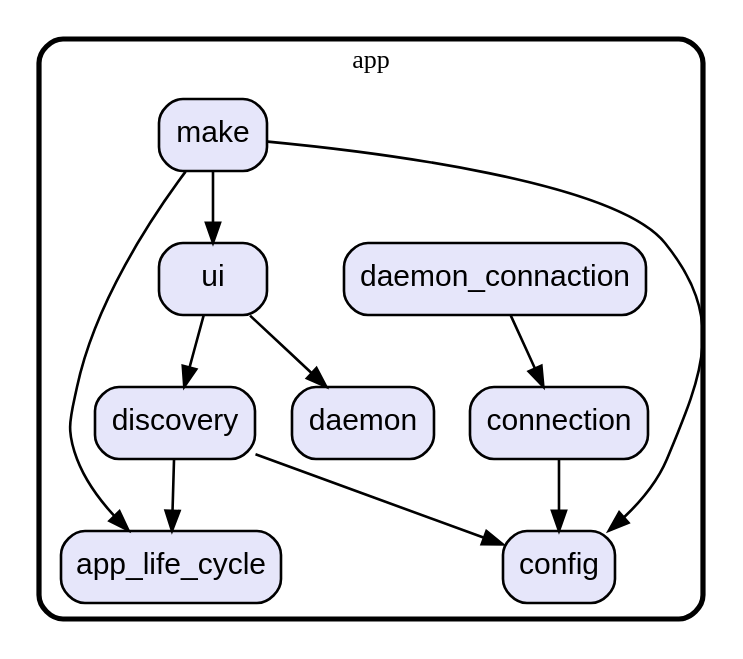
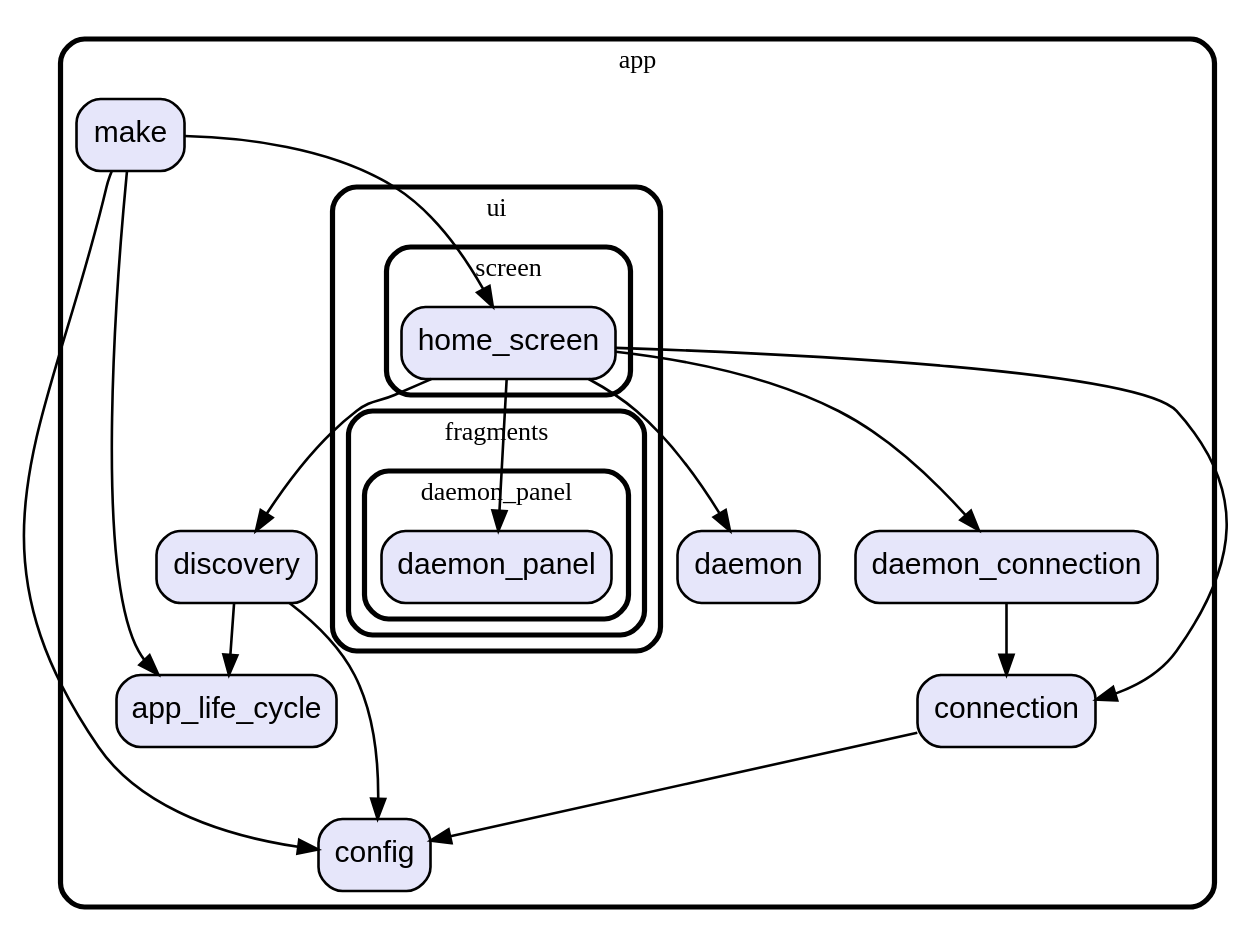
The diagram in graph/lib/app.dot (gev/reacthome-mobile), drawn with Graphviz before and after one commit. The commit also changed 23 other files, not shown here.

Commit message:
update modules dependencies graph

```diff
--- a/graph/lib/app.dot
+++ b/graph/lib/app.dot
@@ -1,33 +1,50 @@
 digraph "" {
   graph [style=rounded fontname="Arial Black" fontsize=13 penwidth=2.6];
   node [shape=rect style="filled,rounded" fontname=Arial fontsize=15 fillcolor=Lavender penwidth=1.3];
   edge [penwidth=1.3];
+  "/ui/fragments/daemon_panel/daemon_panel.dart" [label="daemon_panel"];
+  "/ui/screen/home_screen.dart" [label="home_screen"];
   "/daemon.dart" [label="daemon"];
-  "/ui.dart" [label="ui"];
-  "/daemon_connaction.dart" [label="daemon_connaction"];
   "/config.dart" [label="config"];
   "/connection.dart" [label="connection"];
   "/app_life_cycle.dart" [label="app_life_cycle"];
   "/discovery.dart" [label="discovery"];
   "/make.dart" [label="make"];
+  "/daemon_connection.dart" [label="daemon_connection"];
   subgraph "cluster~" {
     label="app";
     "/daemon.dart";
-    "/ui.dart";
-    "/daemon_connaction.dart";
     "/config.dart";
     "/connection.dart";
     "/app_life_cycle.dart";
     "/discovery.dart";
     "/make.dart";
+    "/daemon_connection.dart";
+    subgraph "cluster~/ui" {
+      label="ui";
+      subgraph "cluster~/ui/fragments" {
+        label="fragments";
+        subgraph "cluster~/ui/fragments/daemon_panel" {
+          label="daemon_panel";
+          "/ui/fragments/daemon_panel/daemon_panel.dart";
+        }
+      }
+      subgraph "cluster~/ui/screen" {
+        label="screen";
+        "/ui/screen/home_screen.dart";
+      }
+    }
   }
-  "/ui.dart" -> "/daemon.dart";
-  "/ui.dart" -> "/discovery.dart";
-  "/daemon_connaction.dart" -> "/connection.dart";
+  "/ui/screen/home_screen.dart" -> "/connection.dart";
+  "/ui/screen/home_screen.dart" -> "/daemon.dart";
+  "/ui/screen/home_screen.dart" -> "/daemon_connection.dart";
+  "/ui/screen/home_screen.dart" -> "/discovery.dart";
+  "/ui/screen/home_screen.dart" -> "/ui/fragments/daemon_panel/daemon_panel.dart";
   "/connection.dart" -> "/config.dart";
   "/discovery.dart" -> "/app_life_cycle.dart";
   "/discovery.dart" -> "/config.dart";
   "/make.dart" -> "/app_life_cycle.dart";
   "/make.dart" -> "/config.dart";
-  "/make.dart" -> "/ui.dart";
+  "/make.dart" -> "/ui/screen/home_screen.dart";
+  "/daemon_connection.dart" -> "/connection.dart";
 }
```
